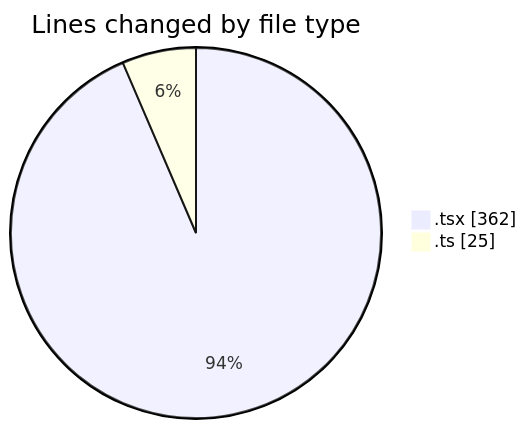
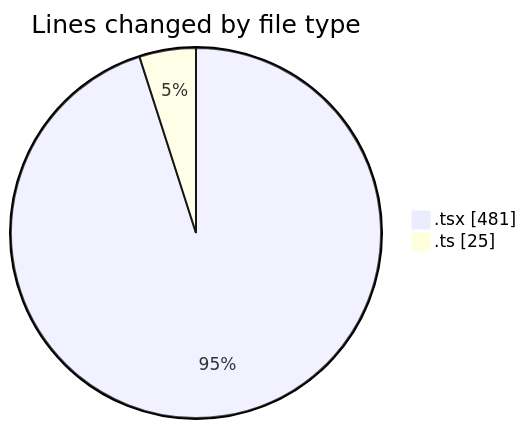
Before and after one commit to robertbonfada/code-tracking: the first of 2 diagrams in 2025-03-19/peregrino-web/README.md, drawn with Mermaid. The commit also changed other lines of this file and 1 other file, not shown here.

````diff
--- a/2025-03-19/peregrino-web/README.md
+++ b/2025-03-19/peregrino-web/README.md
@@ -27,6 +29,6 @@
 ```mermaid
 pie showData
 title Lines changed by file type
-".tsx" : 362
+".tsx" : 481
 ".ts" : 25
 ```
````
